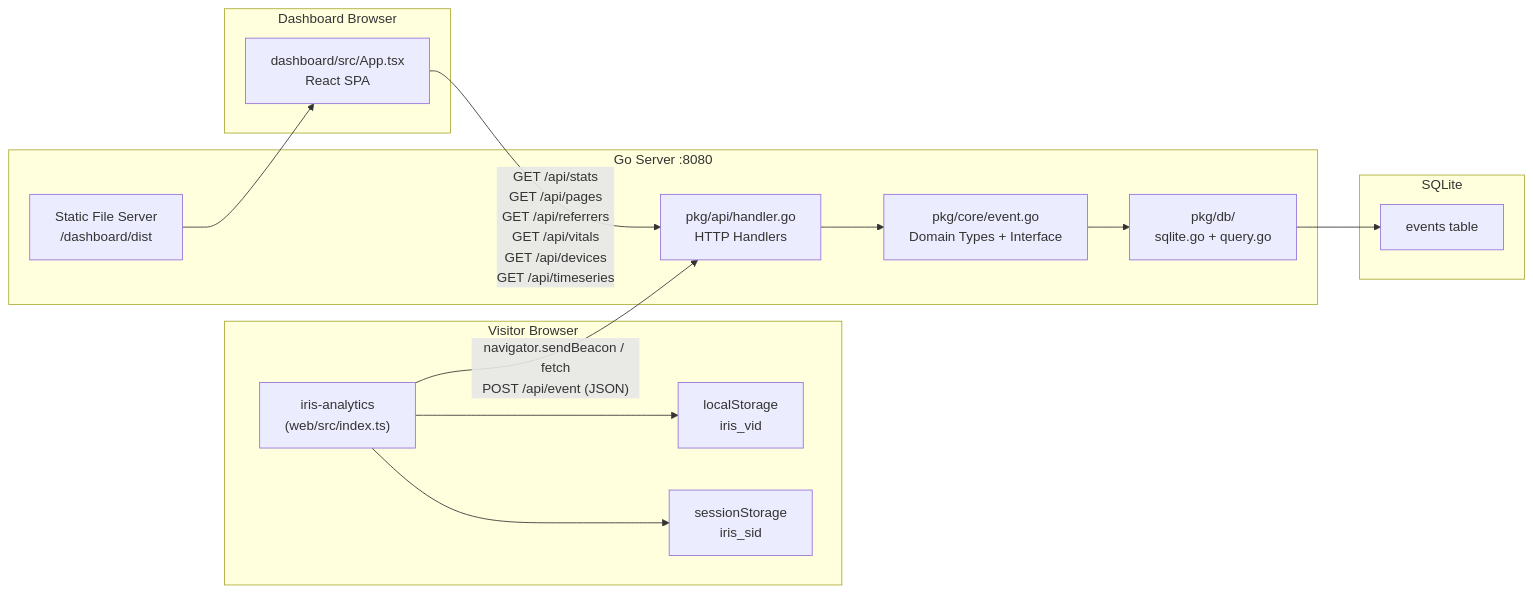
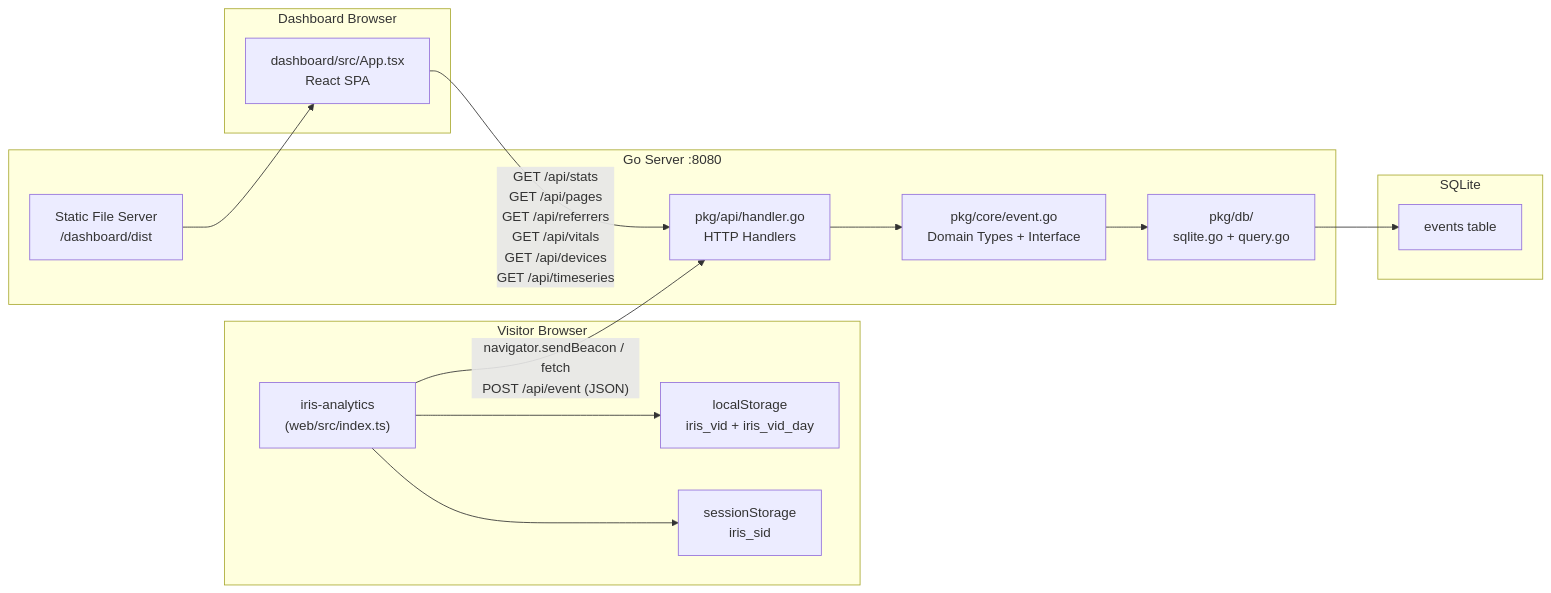
The diagram in iris_architecture.md (VatsalP117/iris), drawn with Mermaid before and after one commit. The commit also changed other lines of this file and 3 other files, not shown here.

````diff
--- a/iris_architecture.md
+++ b/iris_architecture.md
@@ -19,29 +19,29 @@
 ```mermaid
 flowchart LR
     subgraph "Visitor Browser"
         SDK["iris-analytics\n(web/src/index.ts)"]
-        LS["localStorage\niris_vid"]
+        LS["localStorage\niris_vid + iris_vid_day"]
         SS["sessionStorage\niris_sid"]
     end
 
     subgraph "Go Server :8080"
         API["pkg/api/handler.go\nHTTP Handlers"]
         CORE["pkg/core/event.go\nDomain Types + Interface"]
         DB["pkg/db/\nsqlite.go + query.go"]
         STATIC["Static File Server\n/dashboard/dist"]
     end
 
     subgraph "SQLite"
         TBL["events table"]
     end
 
     subgraph "Dashboard Browser"
         DASH["dashboard/src/App.tsx\nReact SPA"]
     end
 
     SDK -- "navigator.sendBeacon / fetch\nPOST /api/event (JSON)" --> API
     SDK --> LS & SS
     API --> CORE --> DB --> TBL
     DASH -- "GET /api/stats\nGET /api/pages\nGET /api/referrers\nGET /api/vitals\nGET /api/devices\nGET /api/timeseries" --> API
     STATIC --> DASH
 ```
````
